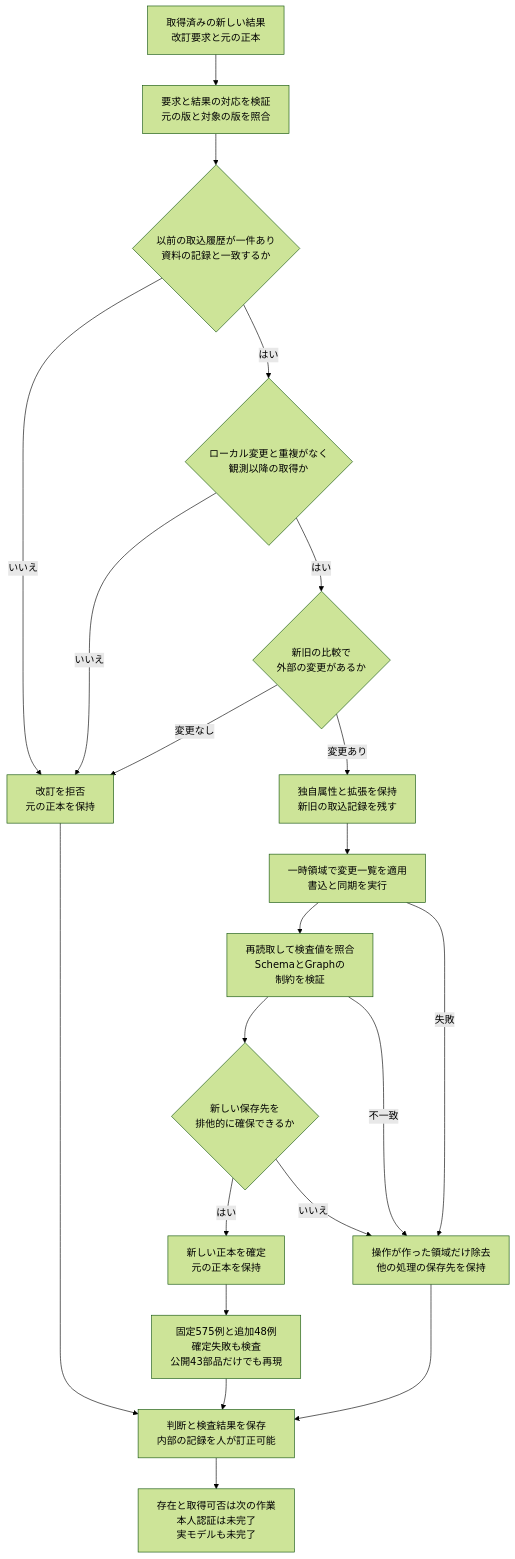
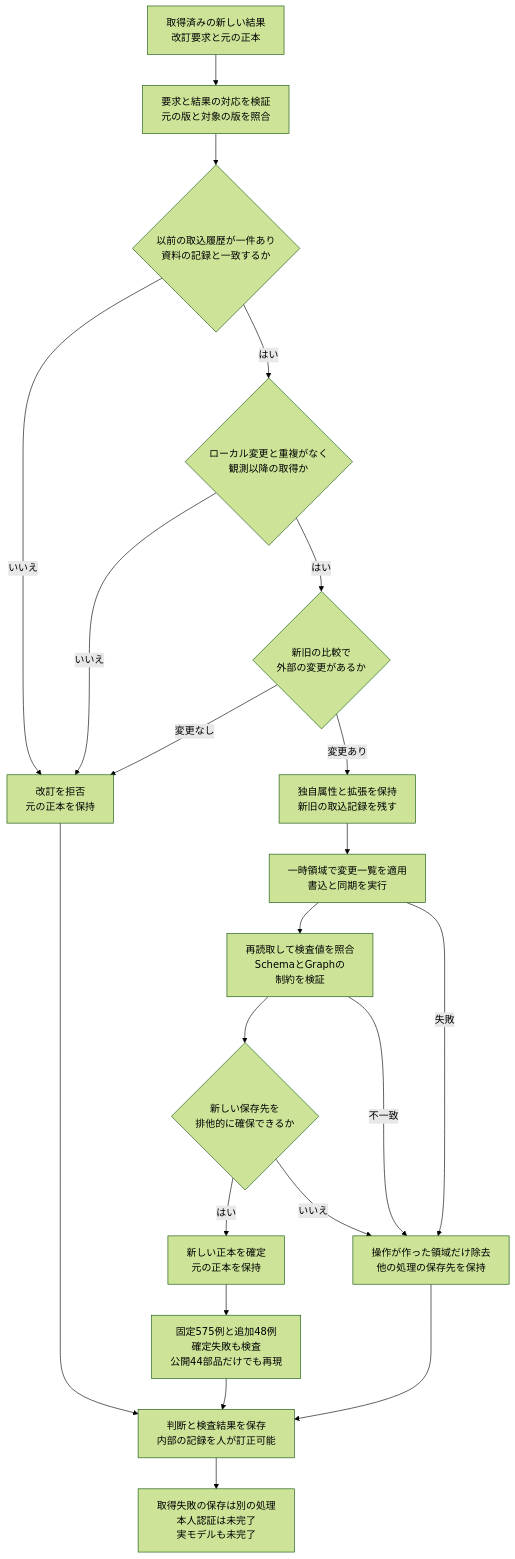
Before and after one commit to koukemo/morivyx: the diagram in docs/diagrams/python-import-snapshot-revision.mmd, drawn with Mermaid (forest theme). The commit also changed 36 other files, not shown here.

```diff
--- a/docs/diagrams/python-import-snapshot-revision.mmd
+++ b/docs/diagrams/python-import-snapshot-revision.mmd
@@ -1,21 +1,21 @@
 flowchart TD
   A[取得済みの新しい結果<br/>改訂要求と元の正本] --> B[要求と結果の対応を検証<br/>元の版と対象の版を照合]
   B --> C{以前の取込履歴が一件あり<br/>資料の記録と一致するか}
   C -->|いいえ| R[改訂を拒否<br/>元の正本を保持]
   C -->|はい| D{ローカル変更と重複がなく<br/>観測以降の取得か}
   D -->|いいえ| R
   D -->|はい| E{新旧の比較で<br/>外部の変更があるか}
   E -->|変更なし| R
   E -->|変更あり| F[独自属性と拡張を保持<br/>新旧の取込記録を残す]
   F --> G[一時領域で変更一覧を適用<br/>書込と同期を実行]
   G --> H[再読取して検査値を照合<br/>SchemaとGraphの<br/>制約を検証]
   H --> I{新しい保存先を<br/>排他的に確保できるか}
   I -->|はい| J[新しい正本を確定<br/>元の正本を保持]
   I -->|いいえ| K[操作が作った領域だけ除去<br/>他の処理の保存先を保持]
   G -->|失敗| K
   H -->|不一致| K
-  J --> L[固定575例と追加48例<br/>確定失敗も検査<br/>公開43部品だけでも再現]
+  J --> L[固定575例と追加48例<br/>確定失敗も検査<br/>公開44部品だけでも再現]
   R --> M[判断と検査結果を保存<br/>内部の記録を人が訂正可能]
   K --> M
   L --> M
-  M --> N[存在と取得可否は次の作業<br/>本人認証は未完了<br/>実モデルも未完了]
+  M --> N[取得失敗の保存は別の処理<br/>本人認証は未完了<br/>実モデルも未完了]
```
